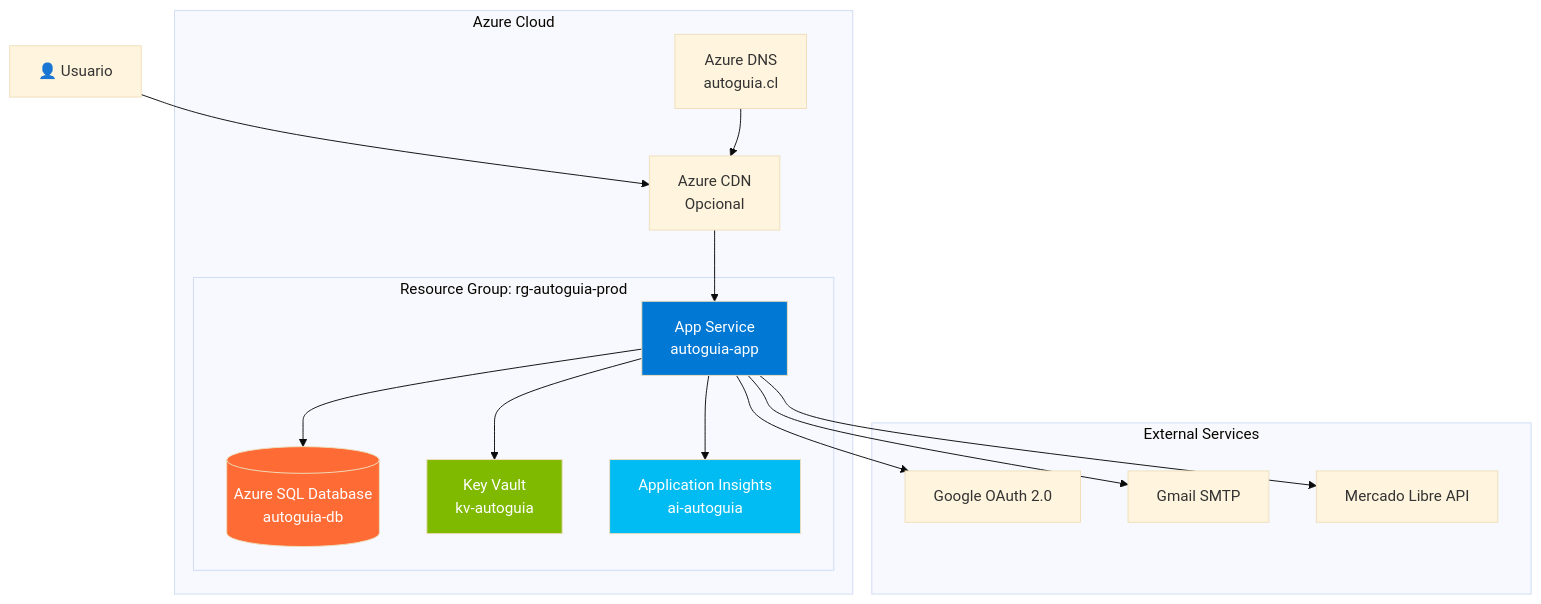
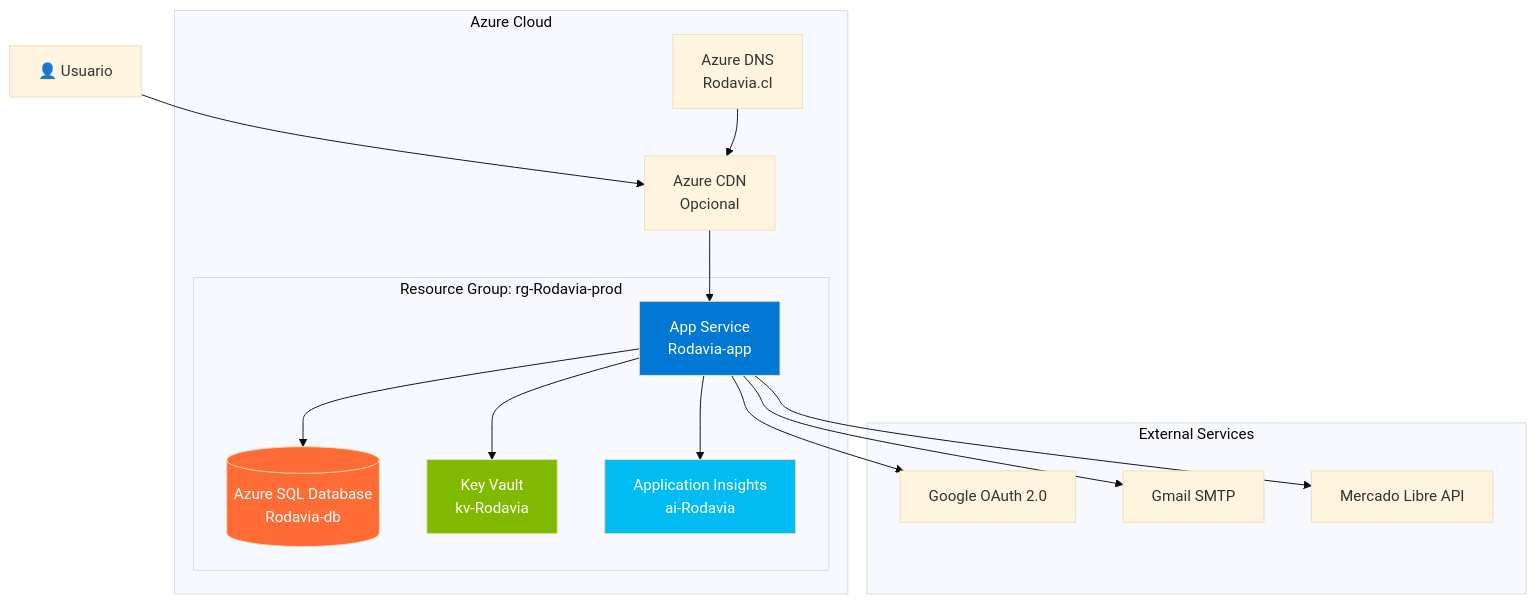
The diagram in Documentation/DEPLOYMENT_AZURE.md (PeyoBv/autoguia_blazor), drawn with Mermaid (base theme) before and after one commit. The commit also changed other lines of this file and 544 other files, not shown here.

````diff
--- a/Documentation/DEPLOYMENT_AZURE.md
+++ b/Documentation/DEPLOYMENT_AZURE.md
@@ -50,35 +50,35 @@
 ```mermaid
 graph TB
     subgraph "Azure Cloud"
-        subgraph "Resource Group: rg-autoguia-prod"
-            AS[App Service<br/>autoguia-app]
-            SQLDB[(Azure SQL Database<br/>autoguia-db)]
-            KV[Key Vault<br/>kv-autoguia]
-            AI[Application Insights<br/>ai-autoguia]
+        subgraph "Resource Group: rg-Rodavia-prod"
+            AS[App Service<br/>Rodavia-app]
+            SQLDB[(Azure SQL Database<br/>Rodavia-db)]
+            KV[Key Vault<br/>kv-Rodavia]
+            AI[Application Insights<br/>ai-Rodavia]
         end
         
         CDN[Azure CDN<br/>Opcional]
-        DNS[Azure DNS<br/>autoguia.cl]
+        DNS[Azure DNS<br/>Rodavia.cl]
     end
     
     subgraph "External Services"
         GOOGLE[Google OAuth 2.0]
         SMTP[Gmail SMTP]
         ML[Mercado Libre API]
     end
     
     USER[👤 Usuario] --> CDN
     CDN --> AS
     AS --> SQLDB
     AS --> KV
     AS --> AI
     AS --> GOOGLE
     AS --> SMTP
     AS --> ML
     DNS --> CDN
     
     style AS fill:#0078d4,color:#fff
     style SQLDB fill:#ff6b35,color:#fff
     style KV fill:#7fba00,color:#fff
     style AI fill:#00bcf2,color:#fff
 ```
````
